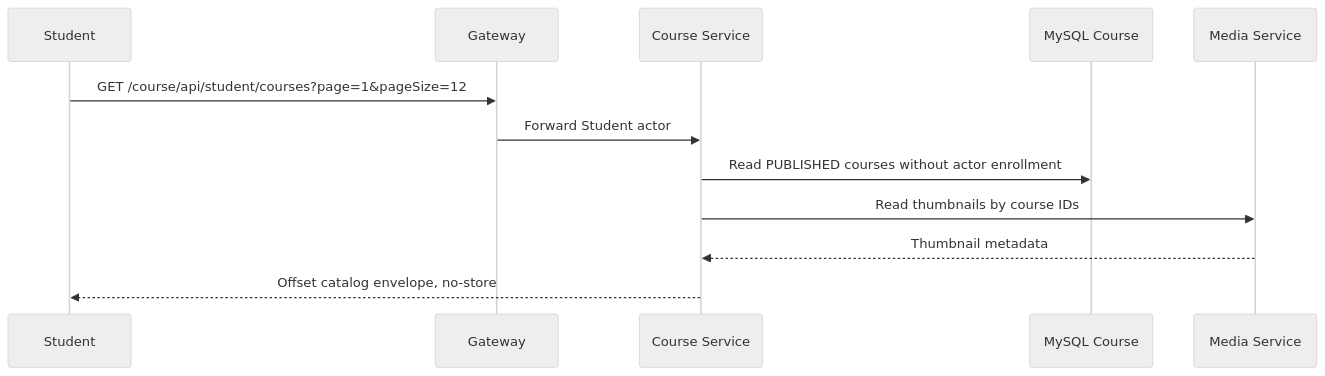
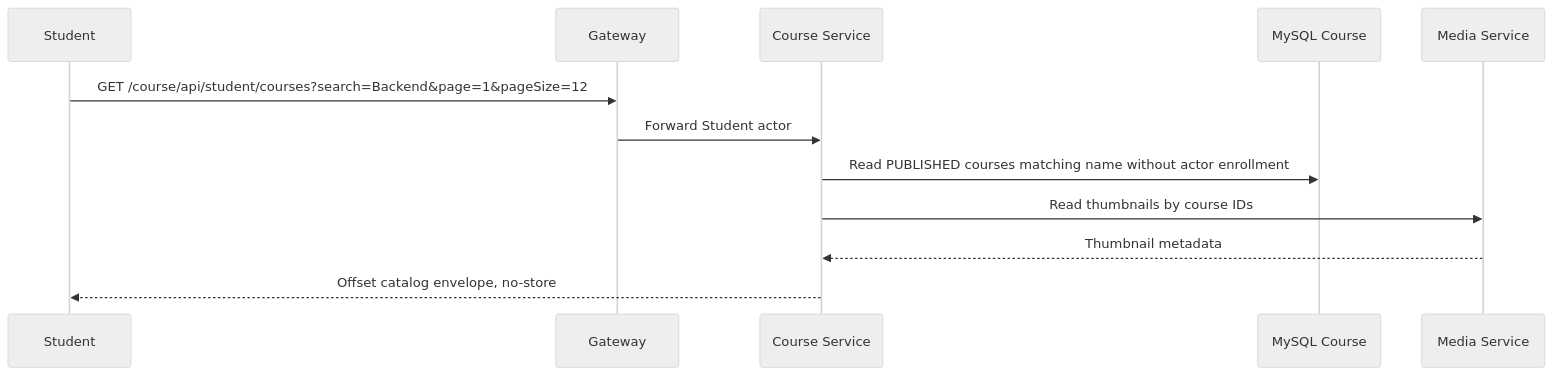
The diagram in ducnm3/docs/business-flows/course-learning/get-student-course-catalog.md (Minhduc7904/MiniProjectTrainingKaopiz), drawn with Mermaid (neutral theme) before and after one commit. The commit also changed other lines of this file and 67 other files, not shown here.

First line of the commit message:
feat: add search functionality for courses and students

````diff
--- a/ducnm3/docs/business-flows/course-learning/get-student-course-catalog.md
+++ b/ducnm3/docs/business-flows/course-learning/get-student-course-catalog.md
@@ -22,14 +22,14 @@
 ```mermaid
 sequenceDiagram
     participant Student
     participant Gateway
     participant Course as Course Service
     participant DB as MySQL Course
     participant Media as Media Service
-    Student->>Gateway: GET /course/api/student/courses?page=1&pageSize=12
+    Student->>Gateway: GET /course/api/student/courses?search=Backend&page=1&pageSize=12
     Gateway->>Course: Forward Student actor
-    Course->>DB: Read PUBLISHED courses without actor enrollment
+    Course->>DB: Read PUBLISHED courses matching name without actor enrollment
     Course->>Media: Read thumbnails by course IDs
     Media-->>Course: Thumbnail metadata
     Course-->>Student: Offset catalog envelope, no-store
 ```
````
